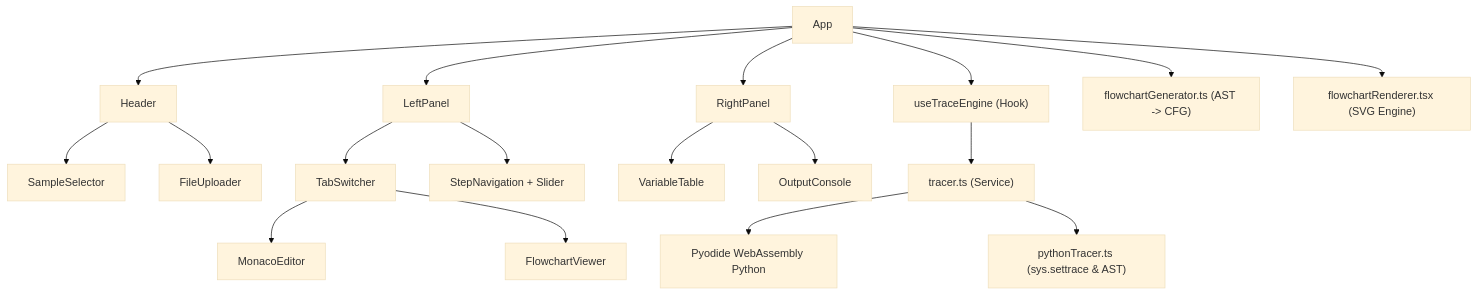
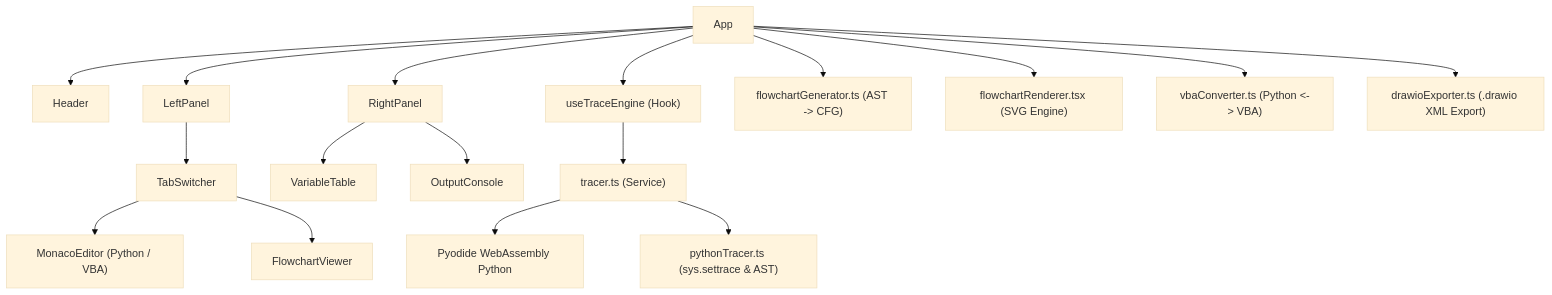
The diagram in basic_design.md (shota4327/TraceApp), drawn with Mermaid (base theme) before and after one commit. The commit also changed other lines of this file and 2 other files, not shown here.

````diff
--- a/basic_design.md
+++ b/basic_design.md
@@ -97,24 +99,22 @@
 ```mermaid
 graph TD
     A[App] --> B[Header]
     A --> C[LeftPanel]
     A --> D[RightPanel]
     
-    B --> B1[SampleSelector]
-    B --> B2[FileUploader]
-    
     C --> C1[TabSwitcher]
-    C1 --> C2["MonacoEditor"]
+    C1 --> C2["MonacoEditor (Python / VBA)"]
     C1 --> C3[FlowchartViewer]
-    C --> C4["StepNavigation + Slider"]
     
     D --> D1[VariableTable]
     D --> D2[OutputConsole]
     
     A --> E["useTraceEngine (Hook)"]
     E --> F["tracer.ts (Service)"]
     F --> F1["Pyodide WebAssembly Python"]
     F --> F2["pythonTracer.ts (sys.settrace & AST)"]
     A --> G["flowchartGenerator.ts (AST -> CFG)"]
     A --> H["flowchartRenderer.tsx (SVG Engine)"]
+    A --> I["vbaConverter.ts (Python <-> VBA)"]
+    A --> J["drawioExporter.ts (.drawio XML Export)"]
 ```
````
